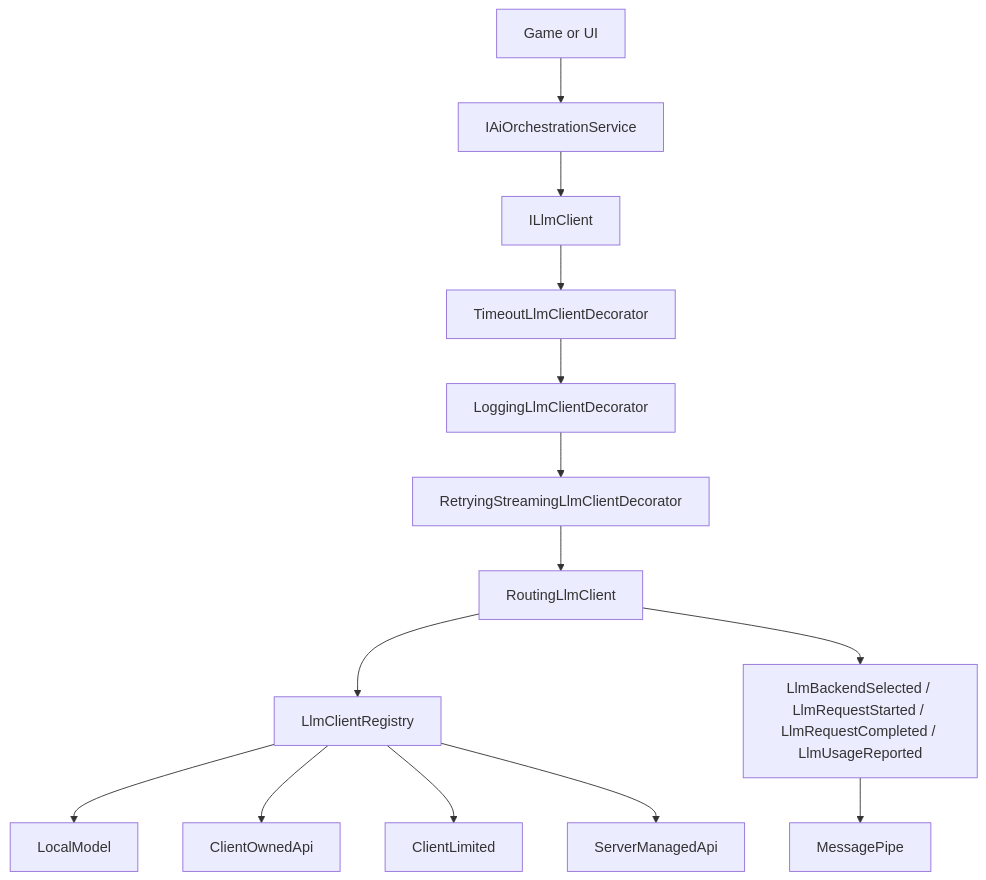
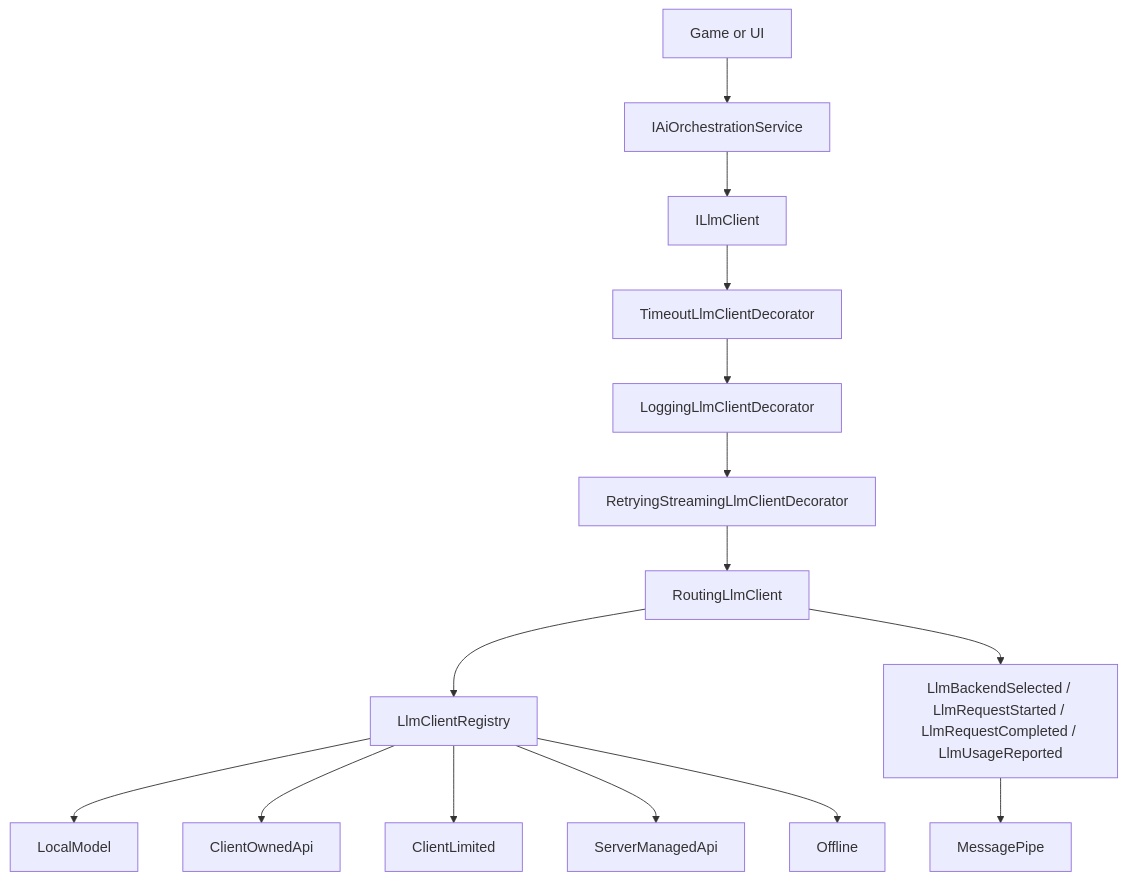
Before and after one commit to NeoXider/CoreAI: the diagram in Assets/CoreAiUnity/Docs/ARCHITECTURE.md, drawn with Mermaid. The commit also changed other lines of this file and 303 other files, not shown here.

````diff
--- a/Assets/CoreAiUnity/Docs/ARCHITECTURE.md
+++ b/Assets/CoreAiUnity/Docs/ARCHITECTURE.md
@@ -48,16 +48,17 @@
 ```mermaid
 flowchart TD
     Game["Game or UI"] --> Orchestrator["IAiOrchestrationService"]
     Orchestrator --> LlmClient["ILlmClient"]
     LlmClient --> Timeout["TimeoutLlmClientDecorator"]
     Timeout --> Logging["LoggingLlmClientDecorator"]
     Logging --> RetryStream["RetryingStreamingLlmClientDecorator"]
     RetryStream --> Routing["RoutingLlmClient"]
     Routing --> Registry["LlmClientRegistry"]
     Registry --> LocalModel["LocalModel"]
     Registry --> ClientOwnedApi["ClientOwnedApi"]
     Registry --> ClientLimited["ClientLimited"]
     Registry --> ServerManagedApi["ServerManagedApi"]
+    Registry --> Offline["Offline"]
     Routing --> Events["LlmBackendSelected / LlmRequestStarted / LlmRequestCompleted / LlmUsageReported"]
     Events --> MessagePipe["MessagePipe"]
 ```
````
